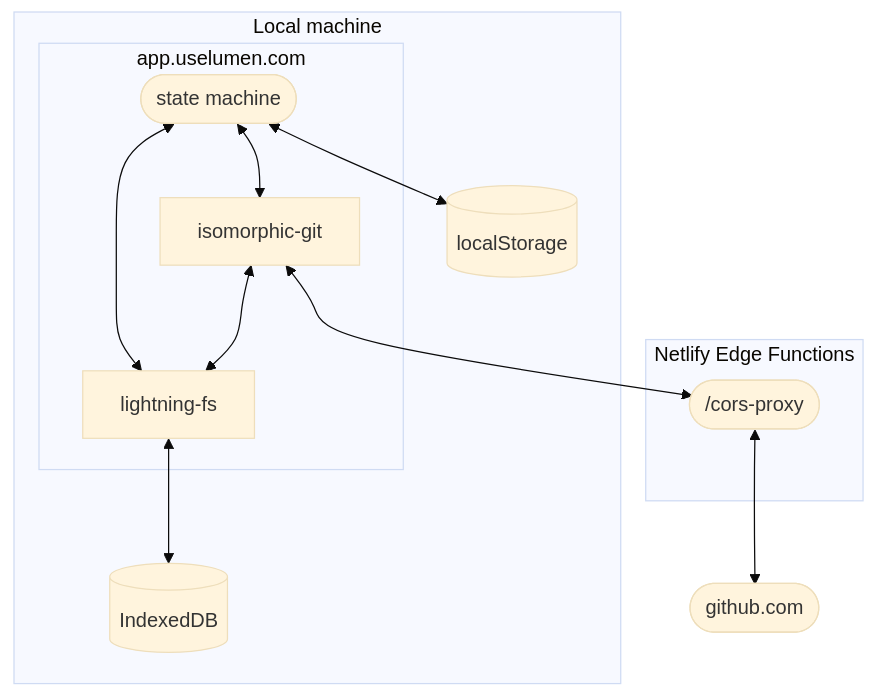
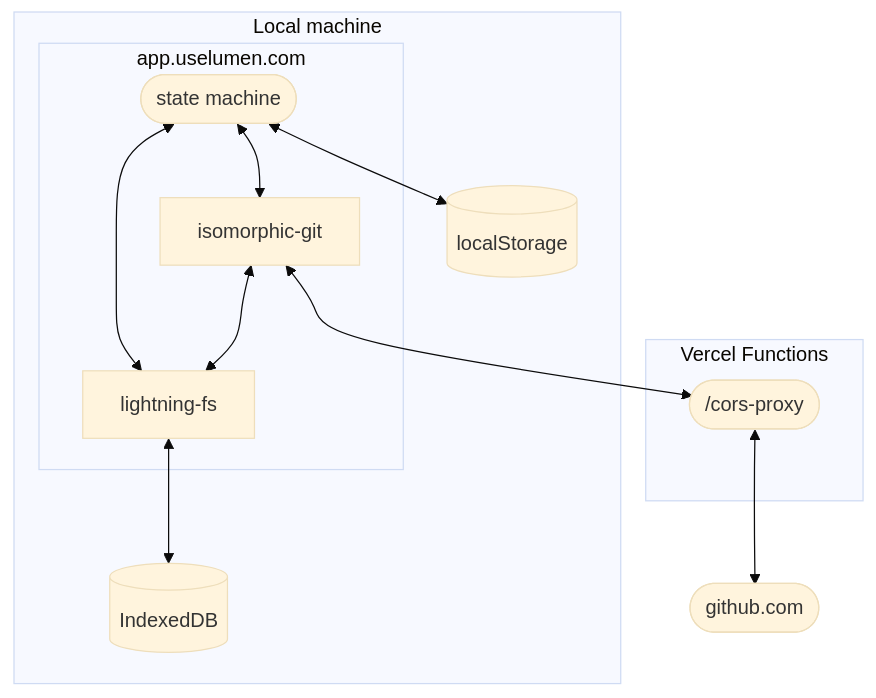
One commit to lumen-notes/lumen changed the diagram in CONTRIBUTING.md. Above: the diagram before and after it, drawn with Mermaid (base theme). The commit also changed other lines of this file and 2 other files, not shown here.

Commit message:
Update docs to use npm run dev:vercel
- Update CONTRIBUTING.md local dev instructions
- Update CLAUDE.md development commands
- Update conductor.json run script
- Update architecture diagram to reference Vercel Functions

🤖 Generated with [Claude Code](https://claude.com/claude-code)

````diff
--- a/CONTRIBUTING.md
+++ b/CONTRIBUTING.md
@@ -42,27 +42,27 @@
 ```mermaid
 graph
     subgraph local[Local machine]
       subgraph app.uselumen.com
         state-machine([state machine])
         isomorphic-git[isomorphic-git]
         lightning-fs[lightning-fs]
       end
 
       local-storage[(localStorage)]
       indexeddb[(IndexedDB)]
     end
 
-    subgraph edge[Netlify Edge Functions]
+    subgraph edge[Vercel Functions]
       cors-proxy(["/cors-proxy"])
     end
 
     github.com([github.com])
 
     state-machine <--> isomorphic-git
     state-machine <--> lightning-fs
     state-machine <--> local-storage
     isomorphic-git <--> lightning-fs
     isomorphic-git <--> cors-proxy
     lightning-fs <--> indexeddb
     cors-proxy <--> github.com
 ```
````
